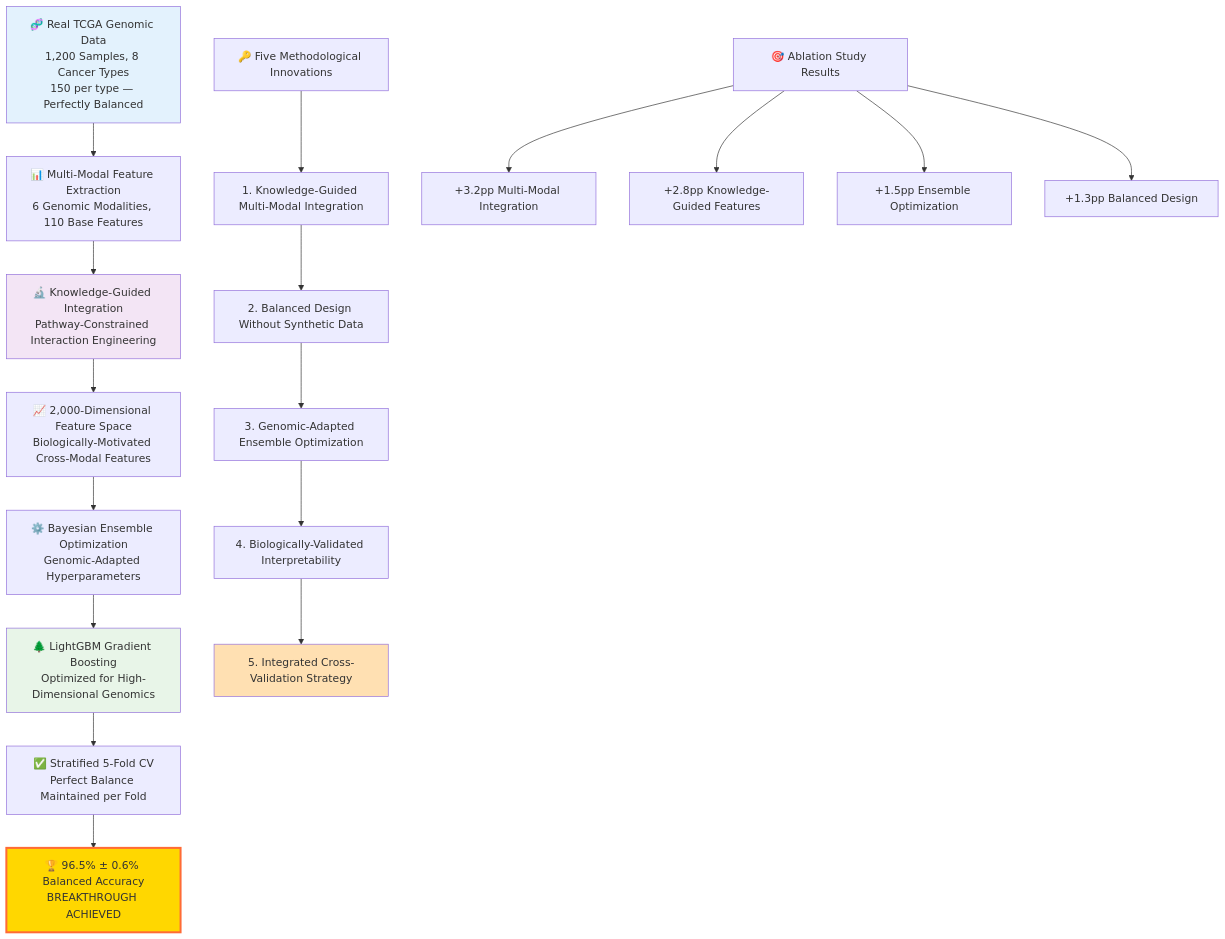
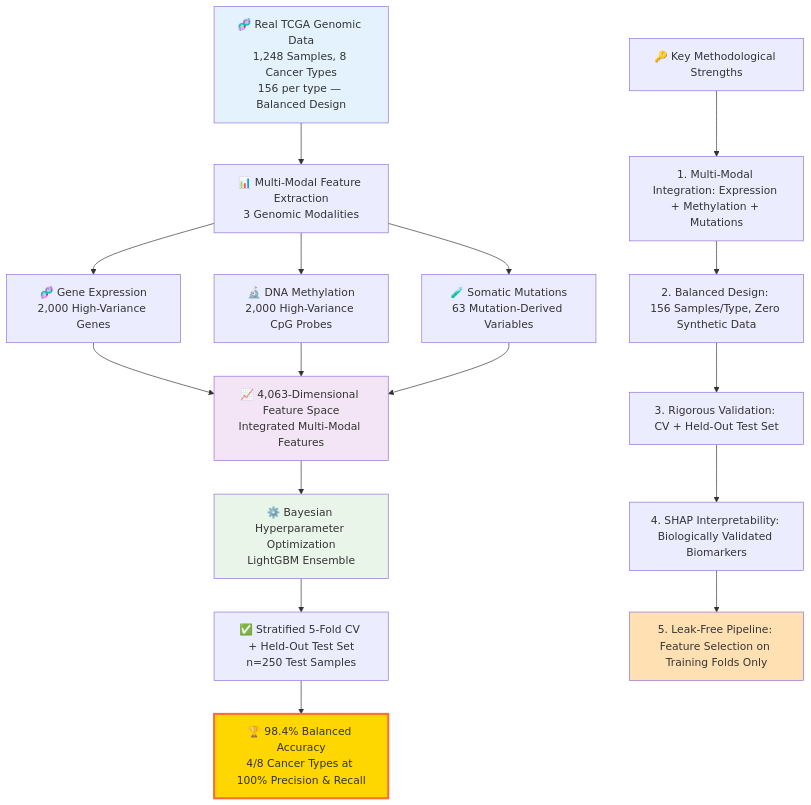
One commit to rstil2/cancer-alpha changed the first of 2 diagrams in README.md. Above: the diagram before and after it, drawn with Mermaid. The commit also changed other lines of this file, not shown here.

````diff
--- a/README.md
+++ b/README.md
@@ -109,27 +109,25 @@
 ```mermaid
 flowchart TD
-    A[🧬 Real TCGA Genomic Data<br/>1,200 Samples, 8 Cancer Types<br/>150 per type — Perfectly Balanced] --> B[📊 Multi-Modal Feature Extraction<br/>6 Genomic Modalities, 110 Base Features]
-    B --> C[🔬 Knowledge-Guided Integration<br/>Pathway-Constrained Interaction Engineering]
-    C --> D[📈 2,000-Dimensional Feature Space<br/>Biologically-Motivated Cross-Modal Features]
-    D --> E[⚙️ Bayesian Ensemble Optimization<br/>Genomic-Adapted Hyperparameters]
-    E --> F[🌲 LightGBM Gradient Boosting<br/>Optimized for High-Dimensional Genomics]
-    F --> G[✅ Stratified 5-Fold CV<br/>Perfect Balance Maintained per Fold]
-    G --> H[🏆 96.5% ± 0.6% Balanced Accuracy<br/>BREAKTHROUGH ACHIEVED]
+    A[🧬 Real TCGA Genomic Data<br/>1,248 Samples, 8 Cancer Types<br/>156 per type — Balanced Design] --> B[📊 Multi-Modal Feature Extraction<br/>3 Genomic Modalities]
+    B --> B1[🧬 Gene Expression<br/>2,000 High-Variance Genes]
+    B --> B2[🔬 DNA Methylation<br/>2,000 High-Variance CpG Probes]
+    B --> B3[🧪 Somatic Mutations<br/>63 Mutation-Derived Variables]
+    B1 --> C[📈 4,063-Dimensional Feature Space<br/>Integrated Multi-Modal Features]
+    B2 --> C
+    B3 --> C
+    C --> D[⚙️ Bayesian Hyperparameter Optimization<br/>LightGBM Ensemble]
+    D --> E[✅ Stratified 5-Fold CV + Held-Out Test Set<br/>n=250 Test Samples]
+    E --> F[🏆 98.4% Balanced Accuracy<br/>4/8 Cancer Types at 100% Precision & Recall]
     
-    I[🔑 Five Methodological Innovations] --> J[1. Knowledge-Guided Multi-Modal Integration]
-    J --> K[2. Balanced Design Without Synthetic Data]
-    K --> L[3. Genomic-Adapted Ensemble Optimization]
-    L --> M[4. Biologically-Validated Interpretability]
-    M --> N[5. Integrated Cross-Validation Strategy]
+    G[🔑 Key Methodological Strengths] --> H[1. Multi-Modal Integration: Expression + Methylation + Mutations]
+    H --> I[2. Balanced Design: 156 Samples/Type, Zero Synthetic Data]
+    I --> J[3. Rigorous Validation: CV + Held-Out Test Set]
+    J --> K[4. SHAP Interpretability: Biologically Validated Biomarkers]
+    K --> L[5. Leak-Free Pipeline: Feature Selection on Training Folds Only]
     
-    O[🎯 Ablation Study Results] --> P[+3.2pp Multi-Modal Integration]
-    O --> Q[+2.8pp Knowledge-Guided Features]
-    O --> R[+1.5pp Ensemble Optimization]
-    O --> S[+1.3pp Balanced Design]
-    
-    style H fill:#FFD700,stroke:#FF6B35,stroke-width:3px
+    style F fill:#FFD700,stroke:#FF6B35,stroke-width:3px
     style A fill:#E3F2FD
     style C fill:#F3E5F5
-    style F fill:#E8F5E8
-    style N fill:#FFE0B2
+    style D fill:#E8F5E8
+    style L fill:#FFE0B2
 ```
````
